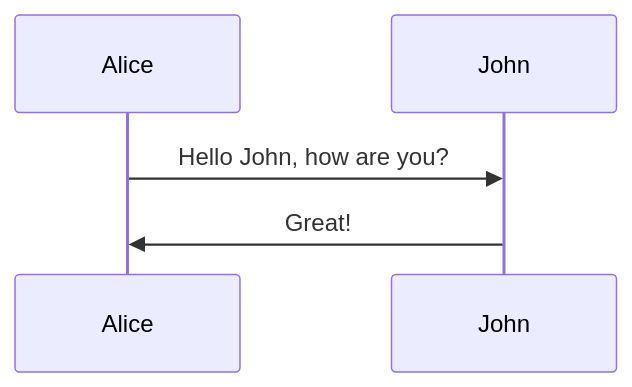
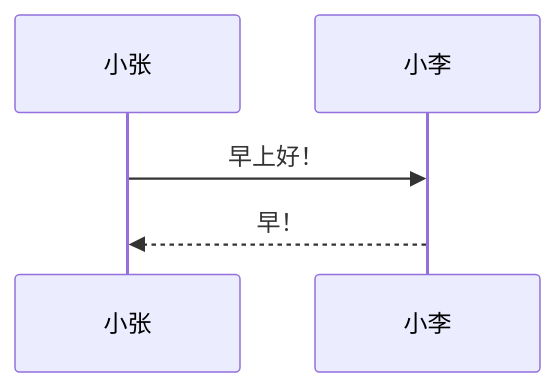
One commit to liulong0125/liulong0125.github.io changed diagram 14 of 21 in _posts/2025-09-02-mermaid.js.md. Above: the diagram before and after it, drawn with Mermaid. The commit also changed other lines of this file, not shown here.

Commit message:
更新时序图

````diff
--- a/_posts/2025-09-02-mermaid.js.md
+++ b/_posts/2025-09-02-mermaid.js.md
@@ -632,8 +640,8 @@
 ```mermaid
 sequenceDiagram
-  participant A as Alice
-  participant J as John
+  participant A as 小张
+  participant J as 小李
 
-  A->>J: Hello John, how are you?
-  J->>A: Great!
+  A->>J: 早上好！
+  J-->>A: 早！
 ```
````
